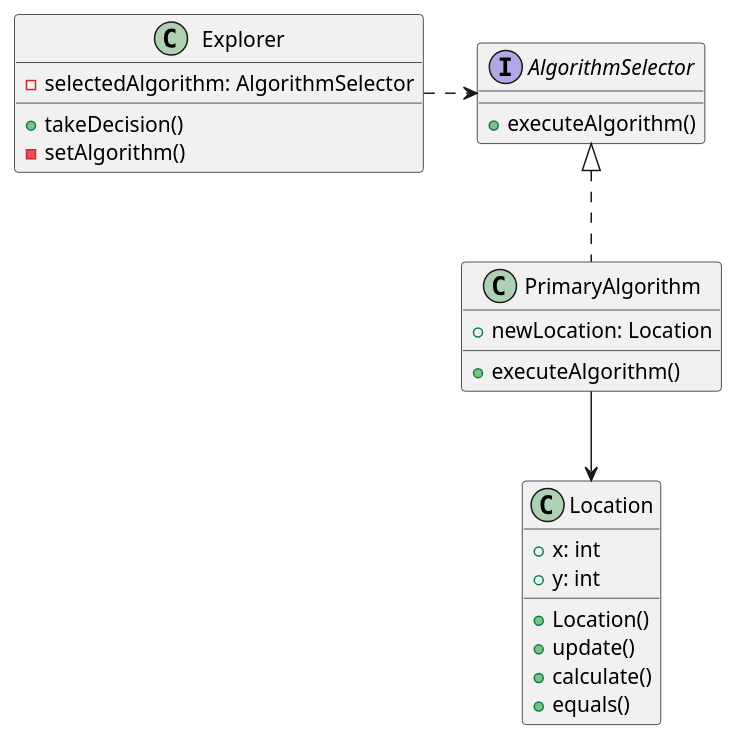
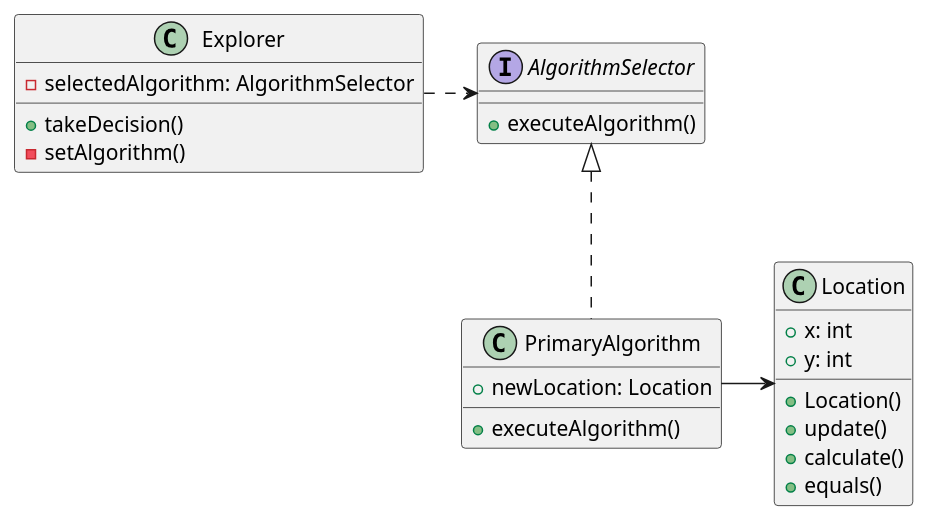
One commit to nehadst/Drone-Rescue changed the diagram in UML Diagrams/StrategyPattern.plantuml. Above: the diagram before and after it, drawn with PlantUML. The commit also changed 1 other file, not shown here.

Commit message:
Changed positioning of Location class in Strategy UML #59

```diff
--- a/UML Diagrams/StrategyPattern.plantuml
+++ b/UML Diagrams/StrategyPattern.plantuml
@@ -1,32 +1,32 @@
 @startuml StrategyPattern
 
 interface AlgorithmSelector {
     +executeAlgorithm()
 }
 
 class PrimaryAlgorithm implements AlgorithmSelector
 Explorer .right.> AlgorithmSelector
-PrimaryAlgorithm --> Location
+PrimaryAlgorithm -right-> Location
 
 class Explorer {
     -selectedAlgorithm: AlgorithmSelector
     +takeDecision()
     -setAlgorithm()
 }
 
 class PrimaryAlgorithm {
     +newLocation: Location
     +executeAlgorithm()
 }
 
 class Location {
     +x: int
     +y: int
     +Location()
     +update()
     +calculate()
     +equals()
 }
 
 
 @enduml
```
